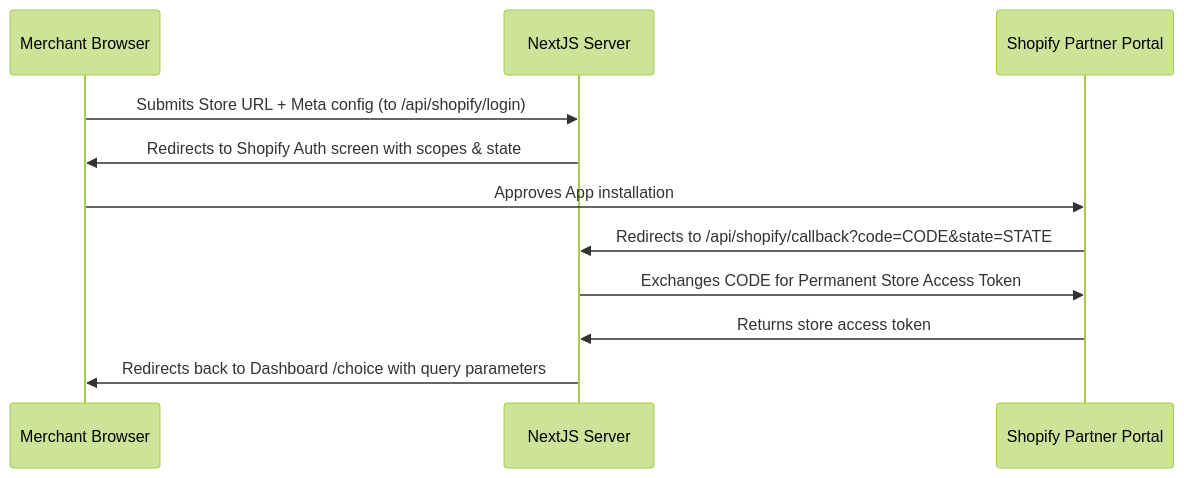
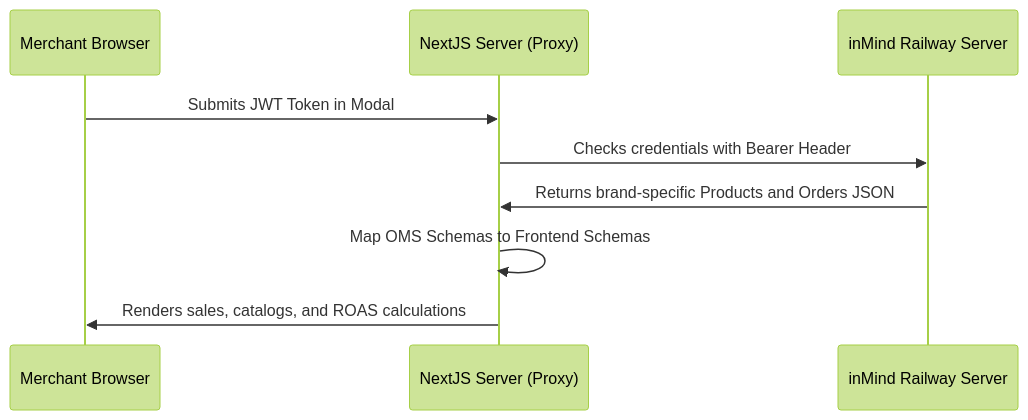
One commit to asifInmind/marketing changed the third of 3 diagrams in PROJECT_ARCHITECTURE.md. Above: the diagram before and after it, drawn with Mermaid (forest theme). The commit also changed other lines of this file and 12 other files, not shown here.

Commit message:
remove manual shopify synce and update to get products data from inmind api

````diff
--- a/PROJECT_ARCHITECTURE.md
+++ b/PROJECT_ARCHITECTURE.md
@@ -151,14 +155,12 @@
 ```mermaid
 sequenceDiagram
     participant Merchant as Merchant Browser
-    participant App as NextJS Server
-    participant Shopify as Shopify Partner Portal
+    participant App as NextJS Server (Proxy)
+    participant inMind as inMind Railway Server
     
-    Merchant->>App: Submits Store URL + Meta config (to /api/shopify/login)
-    App->>Merchant: Redirects to Shopify Auth screen with scopes & state
-    Merchant->>Shopify: Approves App installation
-    Shopify->>App: Redirects to /api/shopify/callback?code=CODE&state=STATE
-    App->>Shopify: Exchanges CODE for Permanent Store Access Token
-    Shopify->>App: Returns store access token
-    App->>Merchant: Redirects back to Dashboard /choice with query parameters
+    Merchant->>App: Submits JWT Token in Modal
+    App->>inMind: Checks credentials with Bearer Header
+    inMind->>App: Returns brand-specific Products and Orders JSON
+    App->>App: Map OMS Schemas to Frontend Schemas
+    App->>Merchant: Renders sales, catalogs, and ROAS calculations
 ```
````
